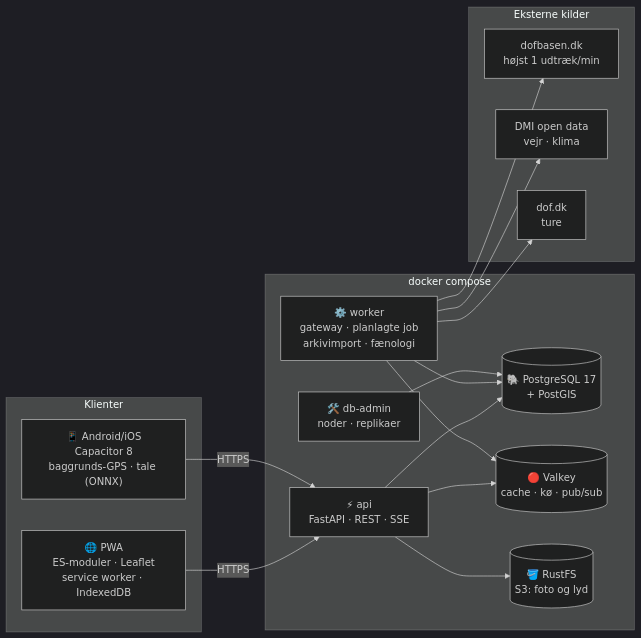
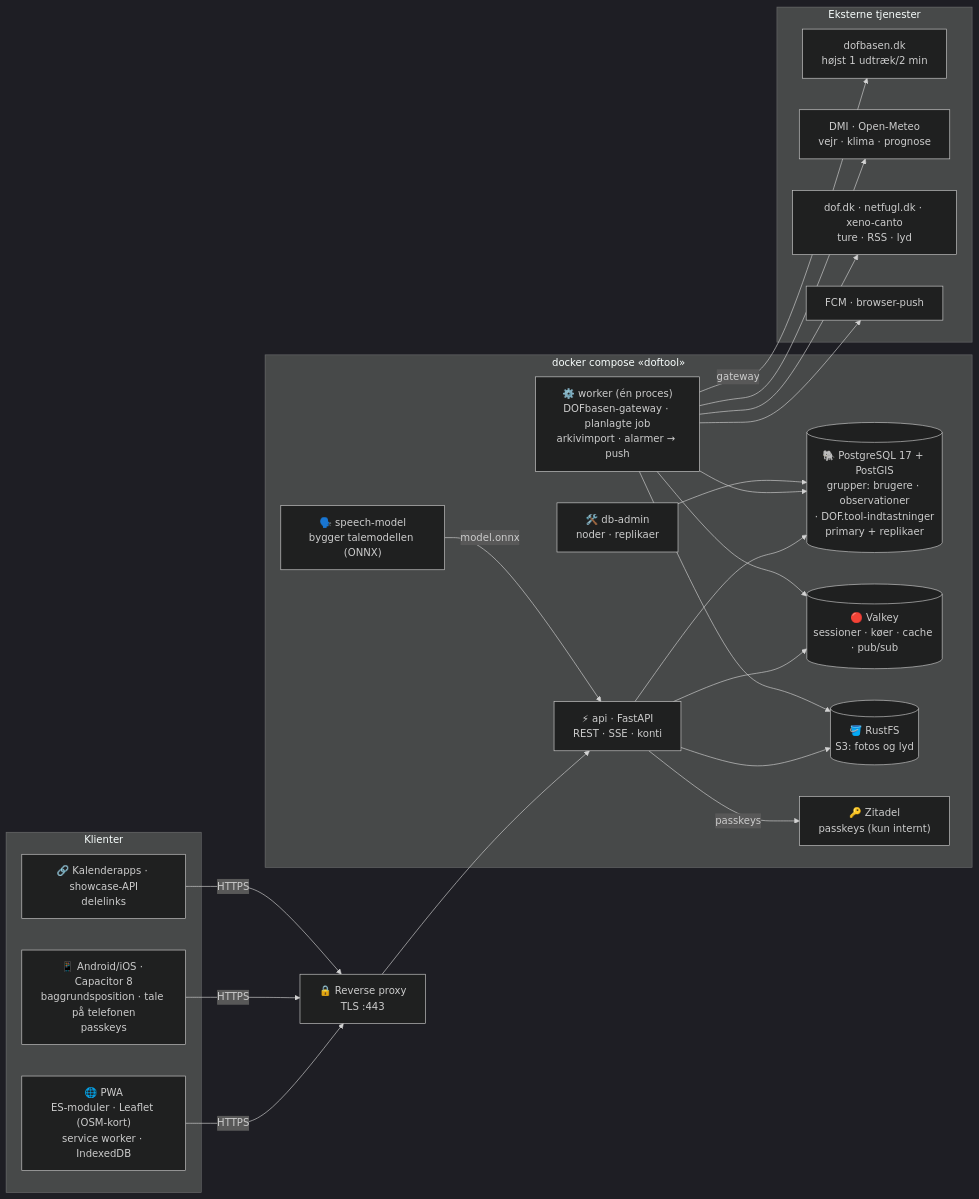
The diagram in README.md (thyholm1234/DOF.tool), drawn with Mermaid (dark theme) before and after one commit. The commit also changed other lines of this file, not shown here.

Commit message:
README: tech-stack-diagrammet opdateret med reverse proxy, Zitadel, speech-model, databasegrupperne og de eksterne tjenester; konti og tale i tabellen

````diff
--- a/README.md
+++ b/README.md
@@ -95,34 +95,37 @@
 ```mermaid
 flowchart LR
   subgraph K["Klienter"]
-    PWA["🌐 PWA<br/>ES-moduler · Leaflet<br/>service worker · IndexedDB"]
-    APP["📱 Android/iOS<br/>Capacitor 8<br/>baggrunds-GPS · tale (ONNX)"]
+    PWA["🌐 PWA<br/>ES-moduler · Leaflet (OSM-kort)<br/>service worker · IndexedDB"]
+    APP["📱 Android/iOS · Capacitor 8<br/>baggrundsposition · tale på telefonen<br/>passkeys"]
+    EXT["🔗 Kalenderapps · showcase-API<br/>delelinks"]
   end
 
-  subgraph S["docker compose"]
-    API["⚡ api<br/>FastAPI · REST · SSE"]
-    W["⚙️ worker<br/>gateway · planlagte job<br/>arkivimport · fænologi"]
-    PG[("🐘 PostgreSQL 17<br/>+ PostGIS")]
-    VK[("🔴 Valkey<br/>cache · kø · pub/sub")]
-    S3[("🪣 RustFS<br/>S3: foto og lyd")]
+  PX["🔒 Reverse proxy<br/>TLS :443"]
+
+  subgraph S["docker compose «doftool»"]
+    API["⚡ api · FastAPI<br/>REST · SSE · konti"]
+    W["⚙️ worker (én proces)<br/>DOFbasen-gateway · planlagte job<br/>arkivimport · alarmer → push"]
+    PG[("🐘 PostgreSQL 17 + PostGIS<br/>grupper: brugere · observationer<br/>· DOF.tool-indtastninger<br/>primary + replikaer")]
+    VK[("🔴 Valkey<br/>sessioner · køer · cache · pub/sub")]
+    S3[("🪣 RustFS<br/>S3: fotos og lyd")]
+    ZIT["🔑 Zitadel<br/>passkeys (kun internt)"]
+    SPM["🗣️ speech-model<br/>bygger talemodellen (ONNX)"]
     DBA["🛠️ db-admin<br/>noder · replikaer"]
   end
 
-  subgraph E["Eksterne kilder"]
-    DOF["dofbasen.dk<br/>højst 1 udtræk/min"]
-    DMI["DMI open data<br/>vejr · klima"]
-    DOFDK["dof.dk<br/>ture"]
+  subgraph E["Eksterne tjenester"]
+    DOF["dofbasen.dk<br/>højst 1 udtræk/2 min"]
+    DMI["DMI · Open-Meteo<br/>vejr · klima · prognose"]
+    WEB["dof.dk · netfugl.dk · xeno-canto<br/>ture · RSS · lyd"]
+    PUSH["FCM · browser-push"]
   end
 
-  PWA -->|HTTPS| API
-  APP -->|HTTPS| API
-  API --> PG
-  API --> VK
-  API --> S3
-  W --> PG
-  W --> VK
-  W --> DOF
-  W --> DMI
-  W --> DOFDK
+  PWA & APP & EXT -->|HTTPS| PX --> API
+  API --> PG & VK & S3
+  API -->|passkeys| ZIT
+  SPM -->|model.onnx| API
+  W --> PG & VK & S3
+  W -->|gateway| DOF
+  W --> DMI & WEB & PUSH
   DBA --> PG
 ```
````
